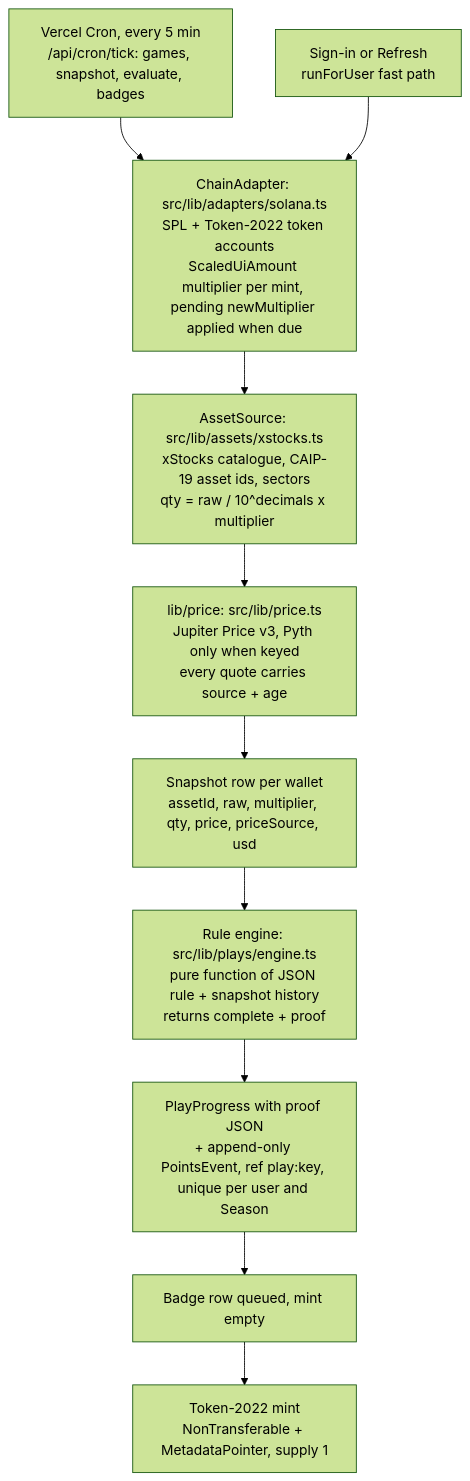
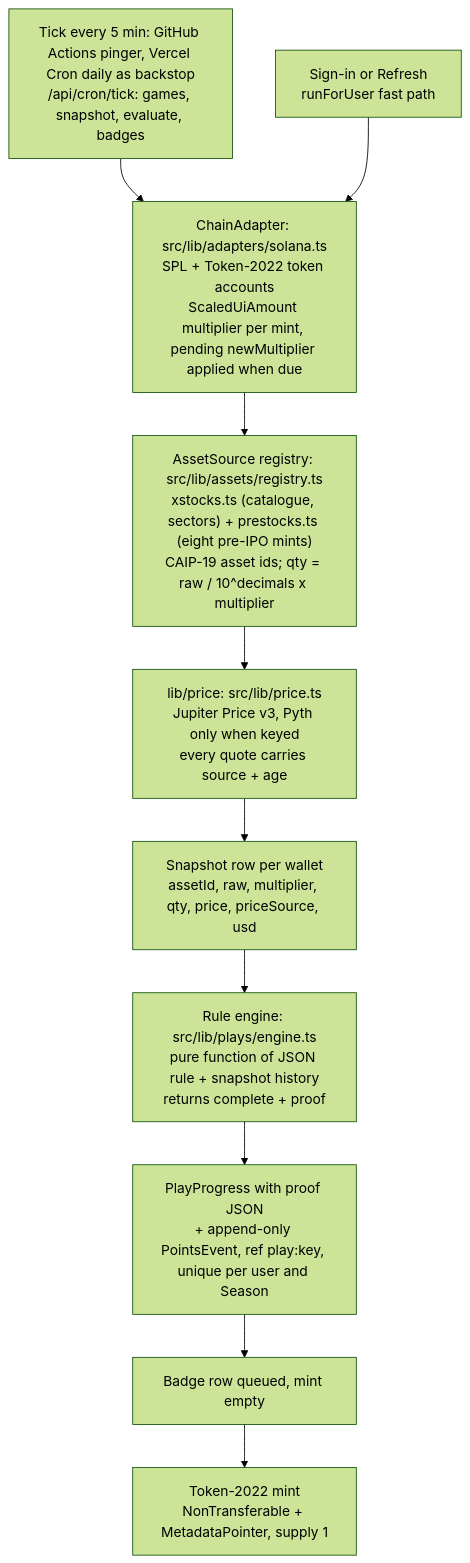
Before and after one commit to djbigzzz/dulo: the first of 2 diagrams in README.md, drawn with Mermaid (forest theme). The commit also changed other lines of this file and 10 other files, not shown here.

````diff
--- a/README.md
+++ b/README.md
@@ -217,17 +226,17 @@
 ```mermaid
 flowchart TD
-  cron["Vercel Cron, every 5 min<br/>/api/cron/tick: games, snapshot, evaluate, badges"]
+  cron["Tick every 5 min: GitHub Actions pinger, Vercel Cron daily as backstop<br/>/api/cron/tick: games, snapshot, evaluate, badges"]
   fast["Sign-in or Refresh<br/>runForUser fast path"]
   adapter["ChainAdapter: src/lib/adapters/solana.ts<br/>SPL + Token-2022 token accounts<br/>ScaledUiAmount multiplier per mint, pending newMultiplier applied when due"]
-  assets["AssetSource: src/lib/assets/xstocks.ts<br/>xStocks catalogue, CAIP-19 asset ids, sectors<br/>qty = raw / 10^decimals x multiplier"]
+  assets["AssetSource registry: src/lib/assets/registry.ts<br/>xstocks.ts (catalogue, sectors) + prestocks.ts (eight pre-IPO mints)<br/>CAIP-19 asset ids; qty = raw / 10^decimals x multiplier"]
   price["lib/price: src/lib/price.ts<br/>Jupiter Price v3, Pyth only when keyed<br/>every quote carries source + age"]
   snap["Snapshot row per wallet<br/>assetId, raw, multiplier, qty, price, priceSource, usd"]
   engine["Rule engine: src/lib/plays/engine.ts<br/>pure function of JSON rule + snapshot history<br/>returns complete + proof"]
   ledger["PlayProgress with proof JSON<br/>+ append-only PointsEvent, ref play:key, unique per user and Season"]
   queue["Badge row queued, mint empty"]
   mint["Token-2022 mint<br/>NonTransferable + MetadataPointer, supply 1"]
 
   cron --> adapter
   fast --> adapter
   adapter --> assets --> price --> snap --> engine --> ledger --> queue --> mint
 ```
````
